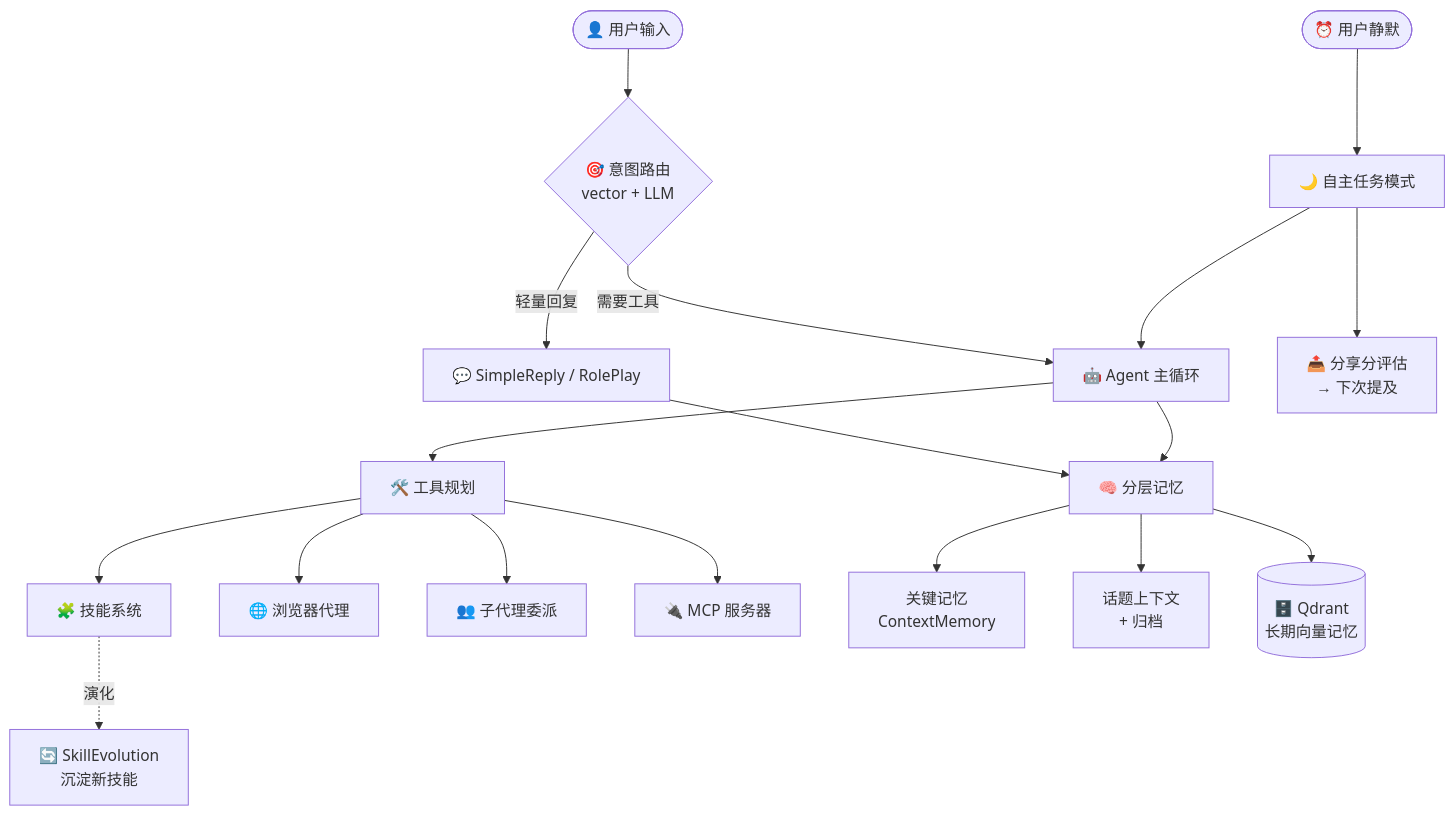
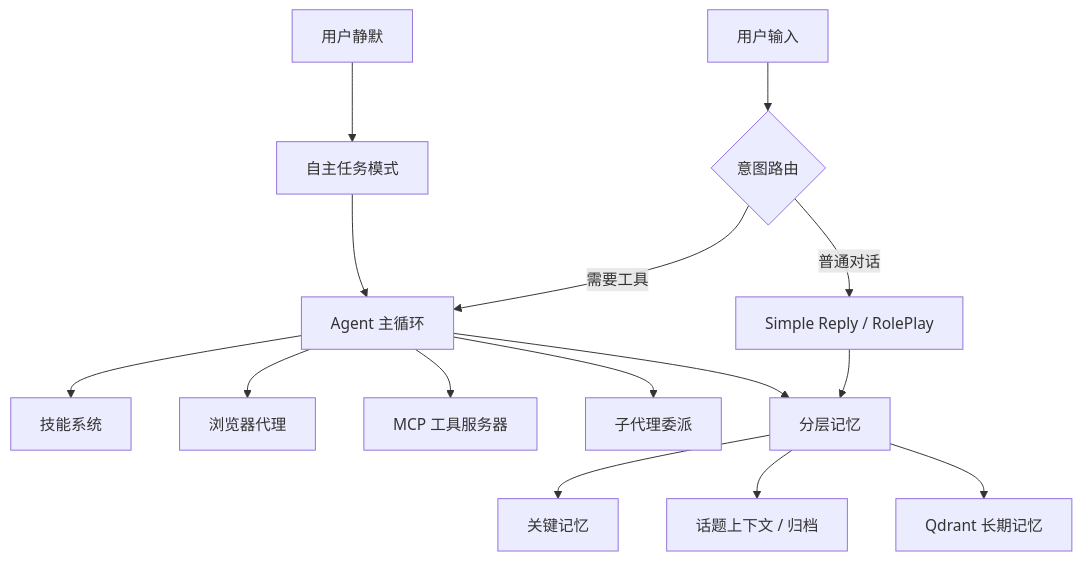
The diagram in README.md (Ctrl-cv-engineer/Selena), drawn with Mermaid before and after one commit. The commit also changed other lines of this file and 7 other files, not shown here.

````diff
--- a/README.md
+++ b/README.md
@@ -194,26 +91,21 @@
 ```mermaid
 flowchart TB
-    User([👤 用户输入]) --> Router{🎯 意图路由<br/>vector + LLM}
+    User["用户输入"] --> Router{"意图路由"}
+    Router -->|普通对话| Chat["Simple Reply / RolePlay"]
+    Router -->|需要工具| Agent["Agent 主循环"]
 
-    Router -->|轻量回复| Simple[💬 SimpleReply / RolePlay]
-    Router -->|需要工具| Agent[🤖 Agent 主循环]
+    Agent --> Skills["技能系统"]
+    Agent --> Browser["浏览器代理"]
+    Agent --> MCP["MCP 工具服务器"]
+    Agent --> Sub["子代理委派"]
 
-    Agent --> Tools[🛠️ 工具规划]
-    Tools --> Skills[🧩 技能系统]
-    Tools --> Browser[🌐 浏览器代理]
-    Tools --> SubAgent[👥 子代理委派]
-    Tools --> MCP[🔌 MCP 服务器]
+    Chat --> Memory["分层记忆"]
+    Agent --> Memory
 
-    Simple --> Memory
-    Agent --> Memory[🧠 分层记忆]
+    Memory --> Context["关键记忆"]
+    Memory --> Topic["话题上下文 / 归档"]
+    Memory --> Vector["Qdrant 长期记忆"]
 
-    Memory --> CtxMem[关键记忆<br/>ContextMemory]
-    Memory --> Topic[话题上下文<br/>+ 归档]
-    Memory --> Vector[(🗄️ Qdrant<br/>长期向量记忆)]
-
-    Idle([⏰ 用户静默]) --> Auto[🌙 自主任务模式]
+    Idle["用户静默"] --> Auto["自主任务模式"]
     Auto --> Agent
-    Auto --> Share[📤 分享分评估<br/>→ 下次提及]
-
-    Skills -.演化.-> Evo[🔄 SkillEvolution<br/>沉淀新技能]
 ```
````
